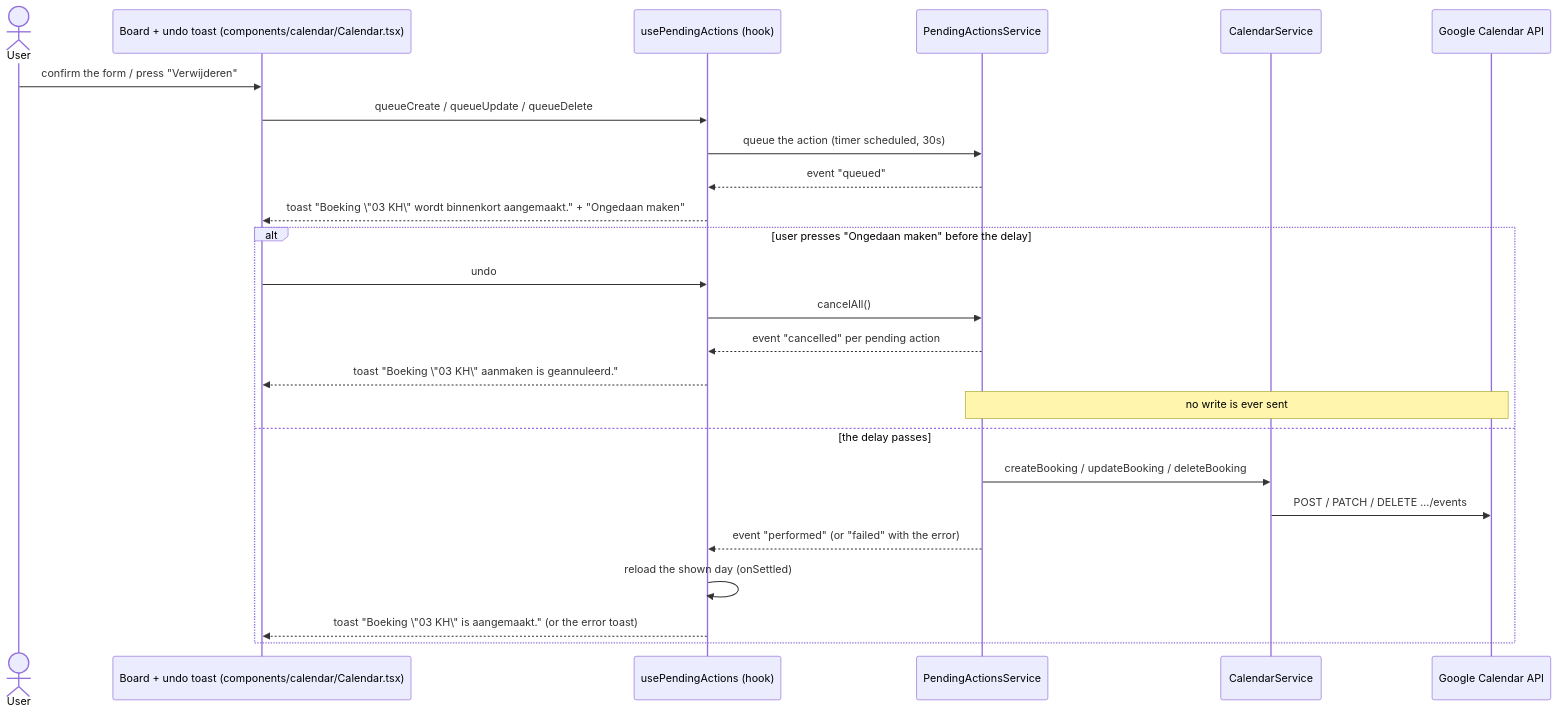
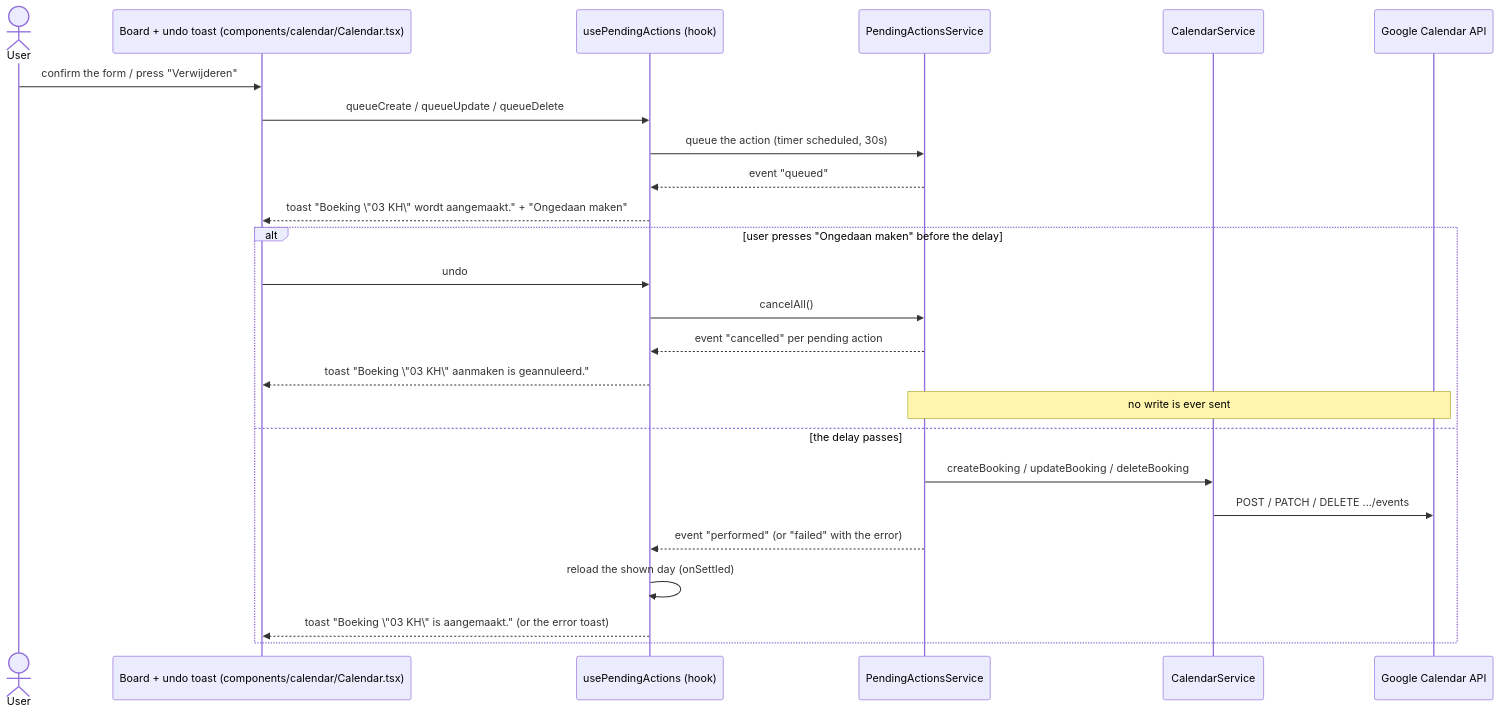
Before and after one commit to berkes/boekjehokje: the sixth of 6 diagrams in docs/architecture.md, drawn with Mermaid. The commit also changed 8 other files, not shown here.

````diff
--- a/docs/architecture.md
+++ b/docs/architecture.md
@@ -279,28 +279,28 @@
 ```mermaid
 sequenceDiagram
   actor User
   participant UI as Board + undo toast (components/calendar/Calendar.tsx)
   participant Hook as usePendingActions (hook)
   participant Pending as PendingActionsService
   participant Service as CalendarService
   participant API as Google Calendar API
 
   User->>UI: confirm the form / press "Verwijderen"
   UI->>Hook: queueCreate / queueUpdate / queueDelete
   Hook->>Pending: queue the action (timer scheduled, 30s)
   Pending-->>Hook: event "queued"
-  Hook-->>UI: toast "Boeking \"03 KH\" wordt binnenkort aangemaakt." + "Ongedaan maken"
+  Hook-->>UI: toast "Boeking \"03 KH\" wordt aangemaakt." + "Ongedaan maken"
   alt user presses "Ongedaan maken" before the delay
     UI->>Hook: undo
     Hook->>Pending: cancelAll()
     Pending-->>Hook: event "cancelled" per pending action
     Hook-->>UI: toast "Boeking \"03 KH\" aanmaken is geannuleerd."
     Note over Pending,API: no write is ever sent
   else the delay passes
     Pending->>Service: createBooking / updateBooking / deleteBooking
     Service->>API: POST / PATCH / DELETE .../events
     Pending-->>Hook: event "performed" (or "failed" with the error)
     Hook->>Hook: reload the shown day (onSettled)
     Hook-->>UI: toast "Boeking \"03 KH\" is aangemaakt." (or the error toast)
   end
 ```
````
